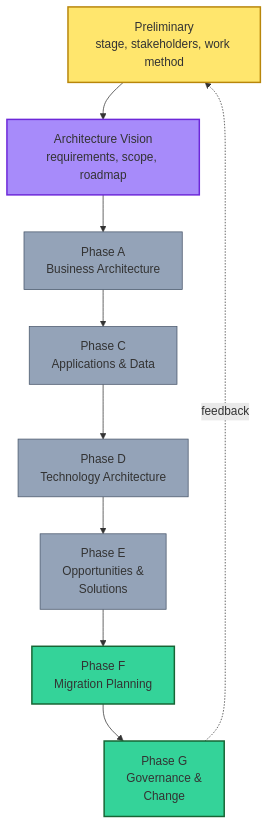
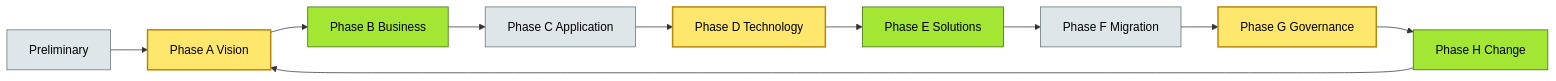
The diagram in 01-Architecture-Docs/briefs/C2-01-togaf.md (nvijaykarthik/architecture-banking-kb), drawn with Mermaid before and after one commit. The commit also changed other lines of this file and 171 other files, not shown here.

````diff
--- a/01-Architecture-Docs/briefs/C2-01-togaf.md
+++ b/01-Architecture-Docs/briefs/C2-01-togaf.md
@@ -75,18 +31,15 @@
 ```mermaid
-graph TD
-    classDef pre fill:#ffe66d,stroke:#b8860b,stroke-width:2px
-    classDef vision fill:#a78bfa,stroke:#6d28d9,stroke-width:2px
-    classDef core fill:#94a3b8,stroke:#475569,stroke-width:1px
-    classDef gov fill:#34d399,stroke:#166534,stroke-width:2px
-    Prelim["Preliminary<br/>stage, stakeholders, work method"]:::pre --> Vision["Architecture Vision<br/>requirements, scope, roadmap"]:::vision
-    Vision --> BA["Phase A<br/>Business Architecture"]:::core
-    BA --> ISys["Phase C<br/>Applications & Data"]:::core
-    ISys --> TA["Phase D<br/>Technology Architecture"]:::core
-    TA --> SO["Phase E<br/>Opportunities &<br/>Solutions"]:::core
-    SO --> MP["Phase F<br/>Migration Planning"]:::gov
-    MP --> IG["Phase G<br/>Governance &<br/>Change"]:::gov
-    IG -.->|feedback| Prelim
-    class Prelim critical
-    class Vision critical
-    class IG critical
+graph LR
+    classDef critical fill:#ffe66d,stroke:#b8860b,stroke-width:2px,color:#000
+    classDef context fill:#dfe6e9,stroke:#636e72,color:#000
+    classDef decision fill:#a3e634,stroke:#3f6212,color:#000
+    Preliminary:::context --> A[Phase A Vision]:::critical
+    A --> B[Phase B Business]:::decision
+    B --> C[Phase C Application]:::context
+    C --> D[Phase D Technology]:::critical
+    D --> E[Phase E Solutions]:::decision
+    E --> F[Phase F Migration]:::context
+    F --> G[Phase G Governance]:::critical
+    G --> H[Phase H Change]:::decision
+    H --> A
 ```
````
